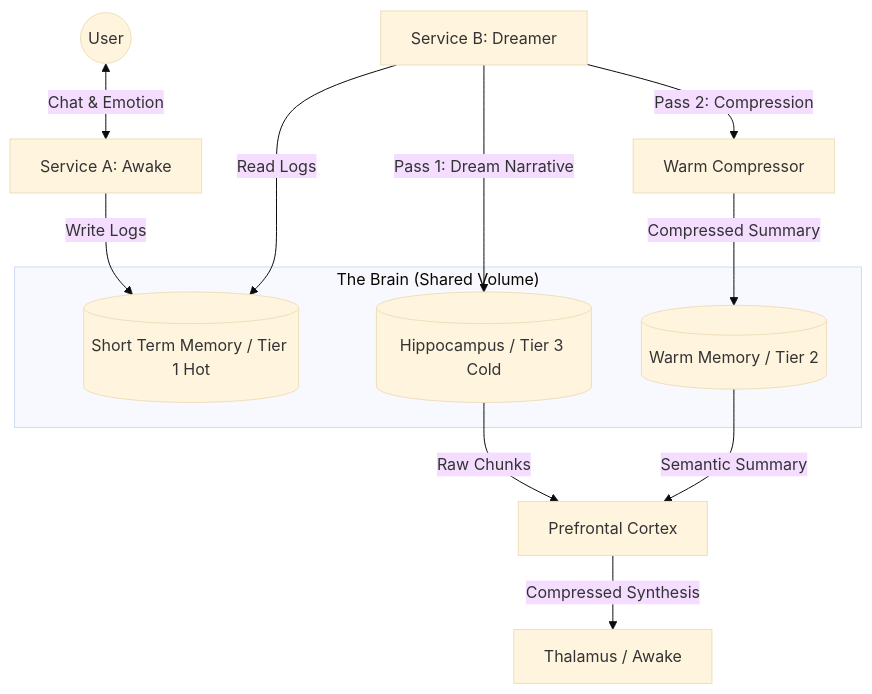
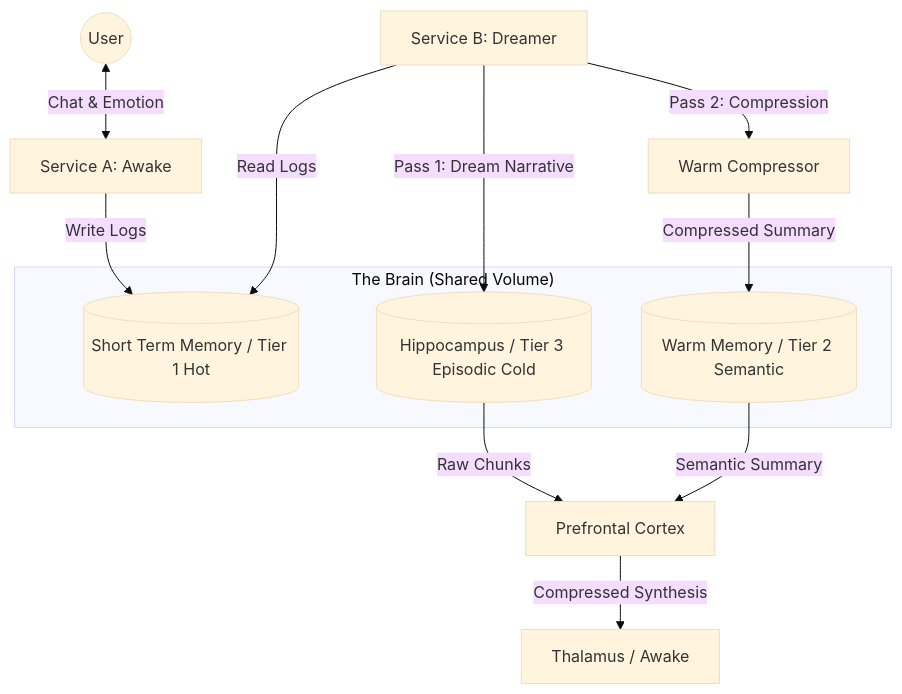
One commit to snath-ai/DMN changed the diagram in ARCHITECTURE.md. Above: the diagram before and after it, drawn with Mermaid (base theme). The commit also changed 6 other files, not shown here.

````diff
--- a/ARCHITECTURE.md
+++ b/ARCHITECTURE.md
@@ -8,20 +8,20 @@
 ```mermaid
 graph TD
     User((User)) <-->|Chat & Emotion| Awake[Service A: Awake]
     Awake -->|Write Logs| STM[(Short Term Memory / Tier 1 Hot)]
     
     subgraph "The Brain (Shared Volume)"
         STM
-        WarmMemory[(Warm Memory / Tier 2)]
-        Hippo[(Hippocampus / Tier 3 Cold)]
+        WarmMemory[(Warm Memory / Tier 2 Semantic)]
+        Hippo[(Hippocampus / Tier 3 Episodic Cold)]
     end
     
     Dreamer[Service B: Dreamer] -->|Read Logs| STM
     Dreamer -->|Pass 1: Dream Narrative| Hippo
     Dreamer -->|Pass 2: Compression| PrefrontalCortex2[Warm Compressor]
     PrefrontalCortex2 -->|Compressed Summary| WarmMemory
     
     Hippo -->|Raw Chunks| PrefrontalCortex[Prefrontal Cortex]
     WarmMemory -->|Semantic Summary| PrefrontalCortex
     PrefrontalCortex -->|Compressed Synthesis| Thalamus[Thalamus / Awake]
 ```
````
